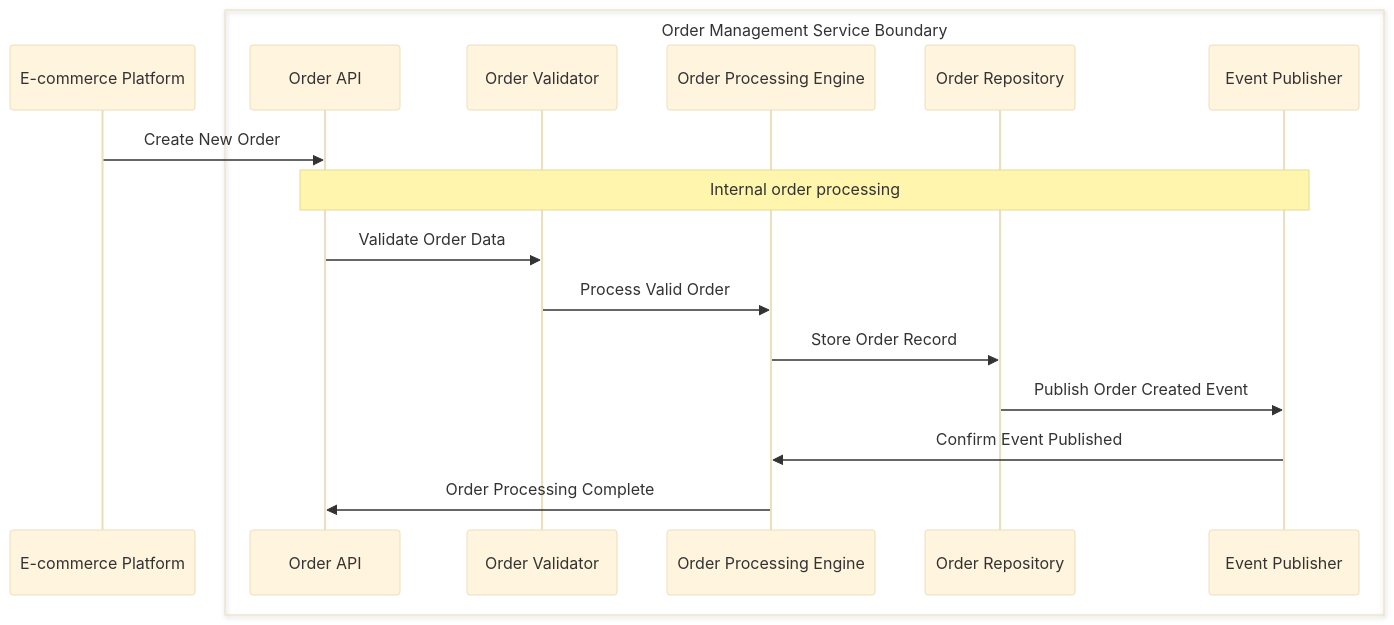
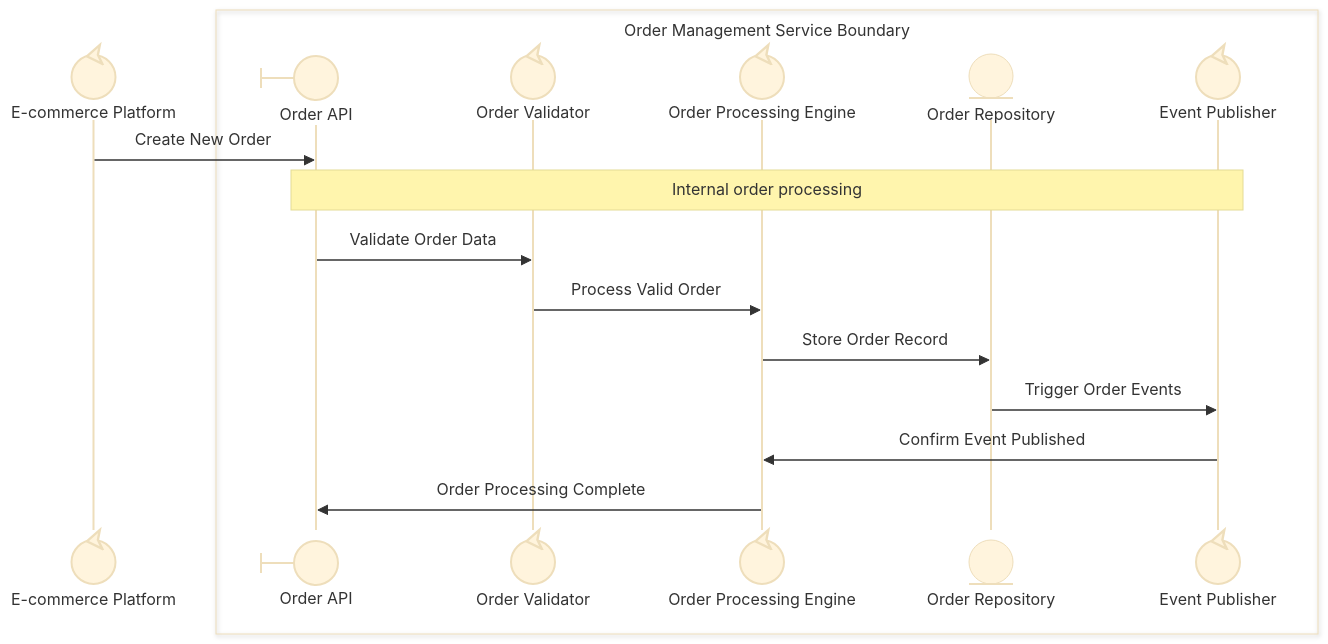
The sixth of 13 diagrams in OrgDocument/projects/03 - Building Skills Iteration 2/artifacts/Sample Data/hierarchy-examples.md (zhongadamwang/AI_Slowcooker), drawn with Mermaid (base theme) before and after one commit. The commit also changed other lines of this file and 2 other files, not shown here.

````diff
--- a/OrgDocument/projects/03 - Building Skills Iteration 2/artifacts/Sample Data/hierarchy-examples.md
+++ b/OrgDocument/projects/03 - Building Skills Iteration 2/artifacts/Sample Data/hierarchy-examples.md
@@ -148,22 +159,22 @@
 ```mermaid
 sequenceDiagram
-    participant Platform as E-commerce Platform
+    participant Platform@{ "type" : "control" } as E-commerce Platform
     
     box Order Management Service Boundary
-        participant API as Order API
-        participant Validator as Order Validator
-        participant Engine as Order Processing Engine
-        participant Repository as Order Repository
-        participant Events as Event Publisher
+        participant API@{ "type" : "boundary" } as Order API
+        participant Validator@{ "type" : "control" } as Order Validator
+        participant Engine@{ "type" : "control" } as Order Processing Engine
+        participant Repository@{ "type" : "entity" } as Order Repository
+        participant Events@{ "type" : "control" } as Event Publisher
     end
     
     Platform->>API: Create New Order
     
     Note over API,Events: Internal order processing
     API->>Validator: Validate Order Data
     Validator->>Engine: Process Valid Order
     Engine->>Repository: Store Order Record
-    Repository->>Events: Publish Order Created Event
+    Repository->>Events: Trigger Order Events
     Events->>Engine: Confirm Event Published
     Engine->>API: Order Processing Complete
 ```
````
